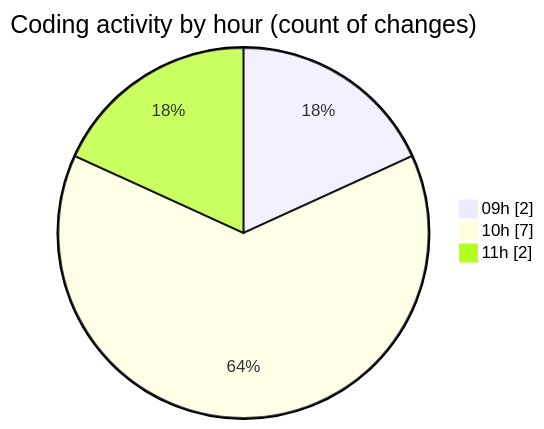
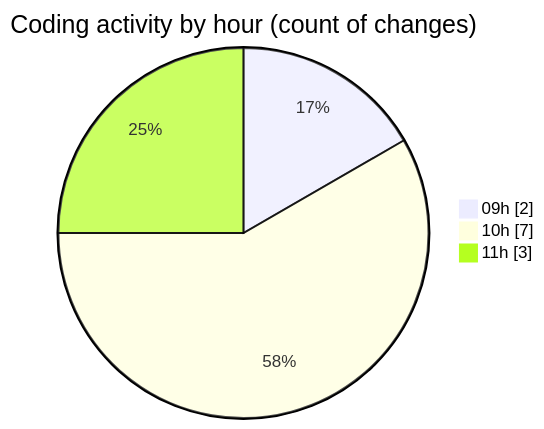
Before and after one commit to igalym/code-tracking: the second of 2 diagrams in 2026-03-02/typescript/README.md, drawn with Mermaid. The commit also changed other lines of this file and 1 other file, not shown here.

````diff
--- a/2026-03-02/typescript/README.md
+++ b/2026-03-02/typescript/README.md
@@ -33,7 +33,7 @@
 ```mermaid
 pie showData
 title Coding activity by hour (count of changes)
 "09h" : 2
 "10h" : 7
-"11h" : 2
+"11h" : 3
 ```
````
